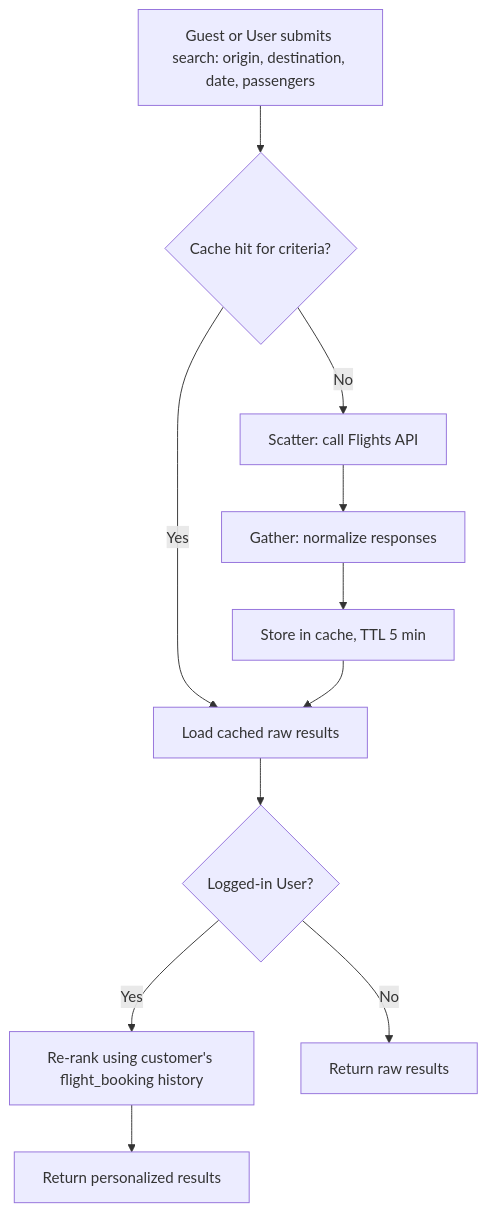
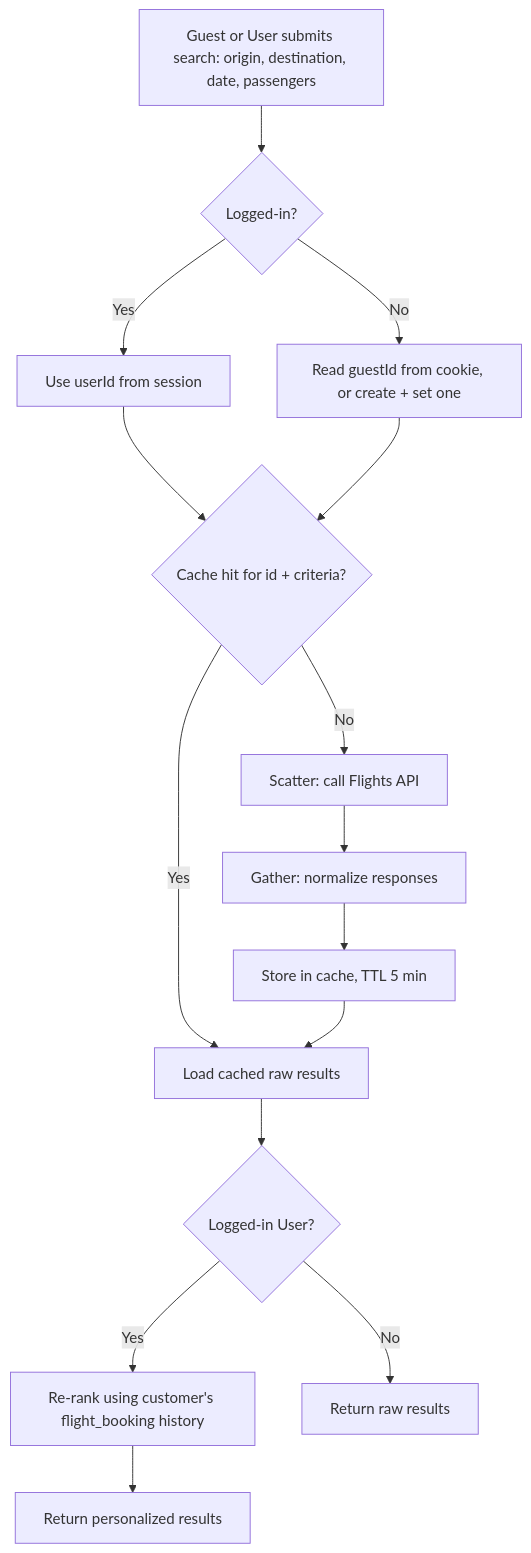
The first of 3 diagrams in diagrams/UC-03-search-flights.md (Backend-Mentor-ORG/booking), drawn with Mermaid before and after one commit. The commit also changed other lines of this file and 5 other files, not shown here.

First line of the commit message:
Sync UC diagrams with the compound cache key and travellers JSONB decisions

````diff
--- a/diagrams/UC-03-search-flights.md
+++ b/diagrams/UC-03-search-flights.md
@@ -11,13 +11,17 @@
 ```mermaid
 flowchart TD
-  A[Guest or User submits search: origin, destination, date, passengers] --> B{Cache hit for criteria?}
+  A[Guest or User submits search: origin, destination, date, passengers] --> Z{Logged-in?}
+  Z -- Yes --> Z1[Use userId from session]
+  Z -- No --> Z2[Read guestId from cookie, or create + set one]
+  Z1 --> B{Cache hit for id + criteria?}
+  Z2 --> B
   B -- Yes --> C[Load cached raw results]
   B -- No --> D[Scatter: call Flights API]
   D --> E[Gather: normalize responses]
   E --> F[Store in cache, TTL 5 min]
   F --> C
   C --> G{Logged-in User?}
   G -- Yes --> H[Re-rank using customer's flight_booking history]
   G -- No --> I[Return raw results]
   H --> J[Return personalized results]
 ```
````
